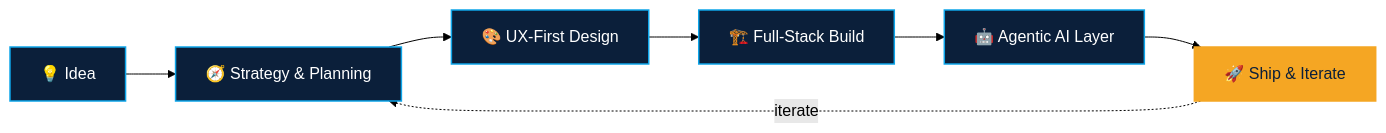
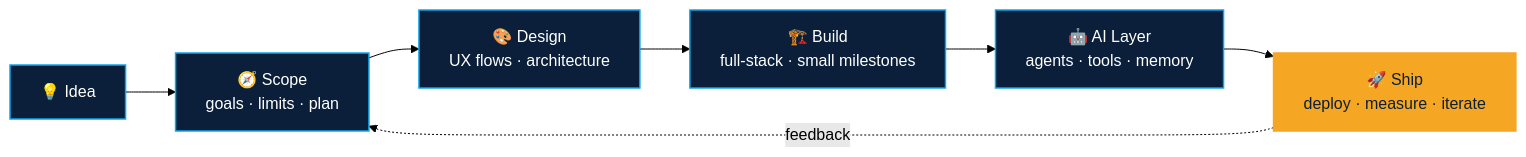
The diagram in README.md (build-with-fun/build-with-fun), drawn with Mermaid (forest theme) before and after one commit. The commit also changed other lines of this file, not shown here.

````diff
--- a/README.md
+++ b/README.md
@@ -59,13 +56,13 @@
 ```mermaid
 flowchart LR
-    A["💡 Idea"] --> B["🧭 Strategy & Planning"]
-    B --> C["🎨 UX-First Design"]
-    C --> D["🏗️ Full-Stack Build"]
-    D --> E["🤖 Agentic AI Layer"]
-    E --> F["🚀 Ship & Iterate"]
-    F -. iterate .-> B
+    A["💡 Idea"] --> B["🧭 Scope<br/>goals · limits · plan"]
+    B --> C["🎨 Design<br/>UX flows · architecture"]
+    C --> D["🏗️ Build<br/>full-stack · small milestones"]
+    D --> E["🤖 AI Layer<br/>agents · tools · memory"]
+    E --> F["🚀 Ship<br/>deploy · measure · iterate"]
+    F -. feedback .-> B
 
     classDef default fill:#0B1F3A,stroke:#0EA5E9,stroke-width:1.5px,color:#ffffff
     classDef ship fill:#F5A623,stroke:#F5A623,stroke-width:1.5px,color:#0B1F3A
     class F ship
 ```
````
